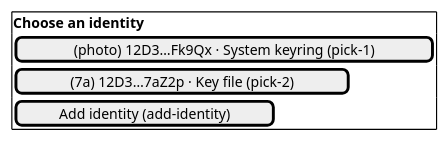
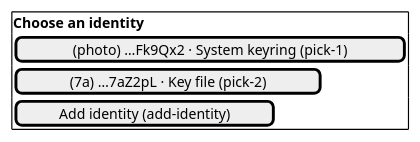
Before and after one commit to abbat/dyapp: the third of 14 diagrams in docs/design/desktop-screens.md, drawn with PlantUML. The commit also changed other lines of this file and 4 other files, not shown here.

````diff
--- a/docs/design/desktop-screens.md
+++ b/docs/design/desktop-screens.md
@@ -55,10 +57,10 @@
 ```plantuml
 @startsalt
 {+
 <b>Choose an identity
-[(photo) 12D3…Fk9Qx · System keyring (pick-1)]
-[(7a) 12D3…7aZ2p · Key file (pick-2)]
+[(photo) …Fk9Qx2 · System keyring (pick-1)]
+[(7a) …7aZ2pL · Key file (pick-2)]
 [Add identity (add-identity)]
 }
 @endsalt
 ```
````
